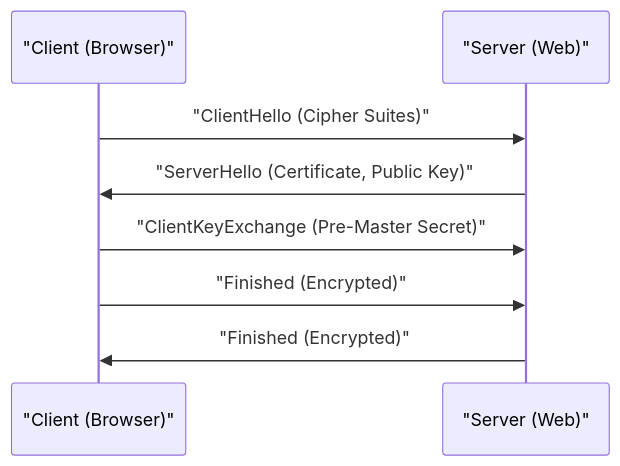
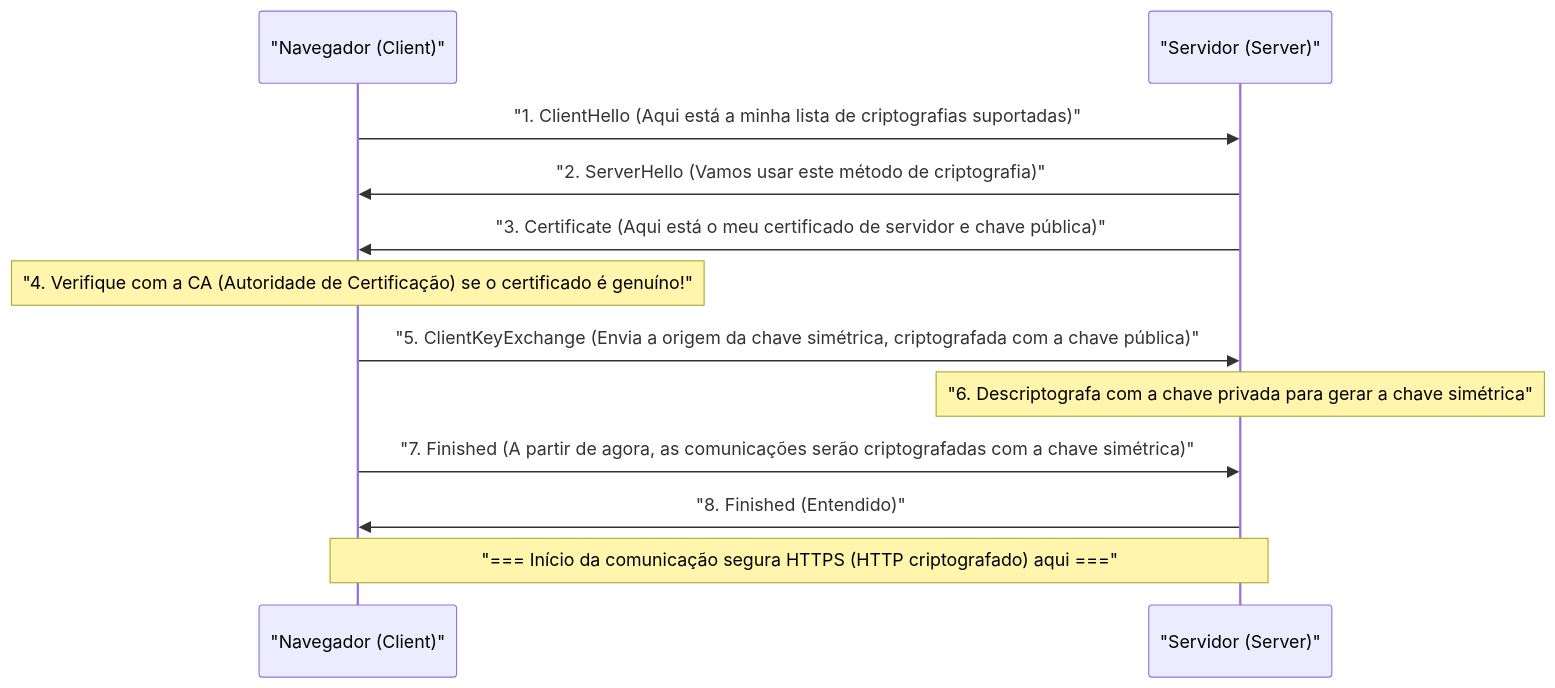
One commit to kenjinote/blog changed the diagram in content/post/history-of-https/index.pt.md. Above: the diagram before and after it, drawn with Mermaid. The commit also changed other lines of this file and 67 other files, not shown here.

````diff
--- a/content/post/history-of-https/index.pt.md
+++ b/content/post/history-of-https/index.pt.md
@@ -23,10 +55,14 @@
 ```mermaid
 sequenceDiagram
-    participant C as "Client (Browser)"
-    participant S as "Server (Web)"
-    C->>S: "ClientHello (Cipher Suites)"
-    S->>C: "ServerHello (Certificate, Public Key)"
-    C->>S: "ClientKeyExchange (Pre-Master Secret)"
-    C->>S: "Finished (Encrypted)"
-    S->>C: "Finished (Encrypted)"
+    participant B as "Navegador (Client)"
+    participant S as "Servidor (Server)"
+    B->>S: "1. ClientHello (Aqui está a minha lista de criptografias suportadas)"
+    S->>B: "2. ServerHello (Vamos usar este método de criptografia)"
+    S->>B: "3. Certificate (Aqui está o meu certificado de servidor e chave pública)"
+    Note over B: "4. Verifique com a CA (Autoridade de Certificação) se o certificado é genuíno!"
+    B->>S: "5. ClientKeyExchange (Envia a origem da chave simétrica, criptografada com a chave pública)"
+    Note over S: "6. Descriptografa com a chave privada para gerar a chave simétrica"
+    B->>S: "7. Finished (A partir de agora, as comunicações serão criptografadas com a chave simétrica)"
+    S->>B: "8. Finished (Entendido)"
+    Note over B,S: "=== Início da comunicação segura HTTPS (HTTP criptografado) aqui ==="
 ```
````
